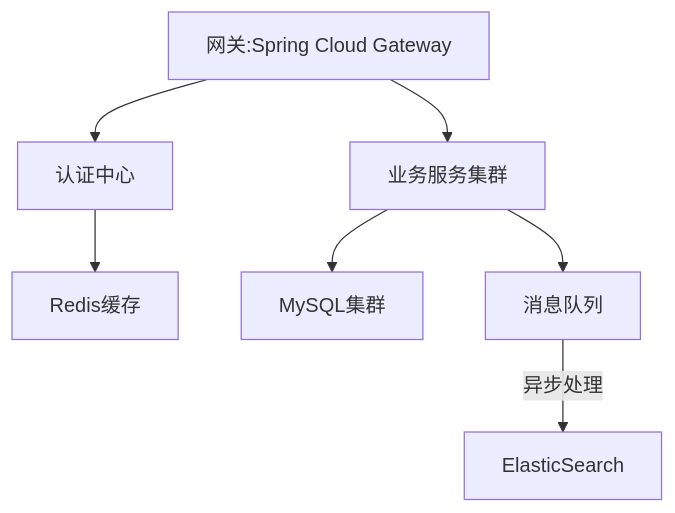
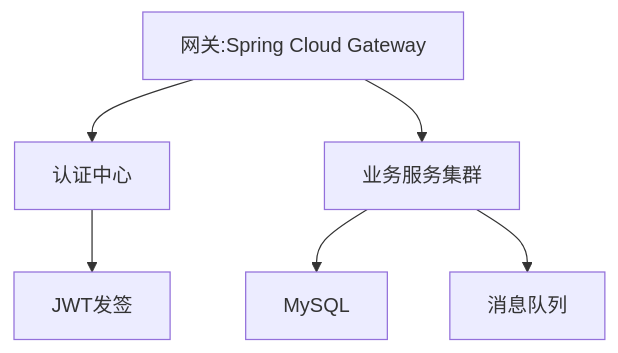
The first of 3 diagrams in README.md (notpointTT/home-cuisine), drawn with Mermaid before and after one commit. The commit also changed other lines of this file, not shown here.

````diff
--- a/README.md
+++ b/README.md
@@ -27,9 +27,8 @@
 ```mermaid
 graph TD
     A[网关:Spring Cloud Gateway] --> B[认证中心]
     A --> C[业务服务集群]
-    B --> D[Redis缓存]
-    C --> E[MySQL集群]
+    B --> D[JWT发签]
+    C --> E[MySQL]
     C --> F[消息队列]
-    F -->|异步处理| G[ElasticSearch]
 ```
````
